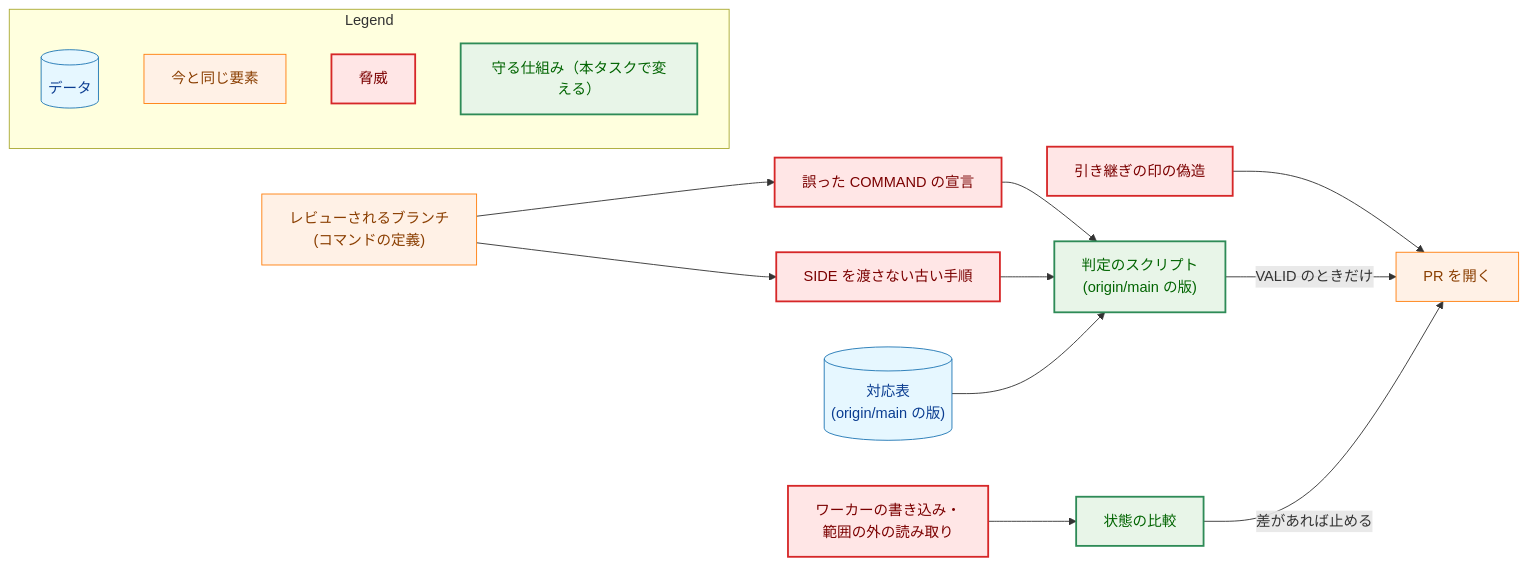
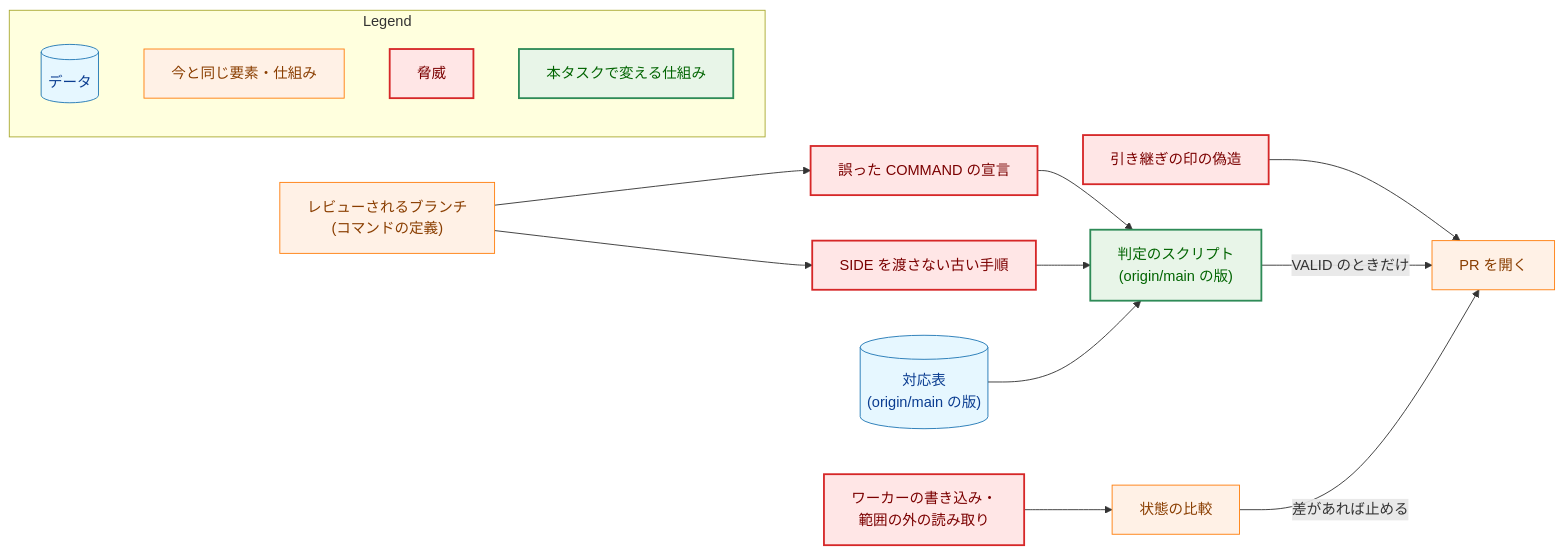
One commit to isseis/yt2column changed the fourth of 6 diagrams in docs/tasks/0131_cross_check_light_role/02_architecture.md. Above: the diagram before and after it, drawn with Mermaid. The commit also changed other lines of this file and 1 other file, not shown here.

First line of the commit message:
docs(0131): address review findings on the cross-check role architecture

````diff
--- a/docs/tasks/0131_cross_check_light_role/02_architecture.md
+++ b/docs/tasks/0131_cross_check_light_role/02_architecture.md
@@ -582,42 +618,41 @@
 ```mermaid
 flowchart LR
     classDef data fill:#e6f7ff,stroke:#1f77b4,stroke-width:1px,color:#0b3d91;
     classDef process fill:#fff1e6,stroke:#ff7f0e,stroke-width:1px,color:#8a3e00;
     classDef enhanced fill:#e8f5e8,stroke:#2e8b57,stroke-width:2px,color:#006400;
     classDef problem fill:#ffe6e6,stroke:#d62728,stroke-width:2px,color:#7b0000;
 
     BR["レビューされるブランチ<br>(コマンドの定義)"]
     T1["誤った COMMAND の宣言"]
     T2["SIDE を渡さない古い手順"]
     T3["ワーカーの書き込み・<br>範囲の外の読み取り"]
     T4["引き継ぎの印の偽造"]
     RR["判定のスクリプト<br>(origin/main の版)"]
     MAP[("対応表<br>(origin/main の版)")]
     SC["状態の比較"]
     GATE["PR を開く"]
 
     BR --> T1 --> RR
     BR --> T2 --> RR
     T3 --> SC
     T4 --> GATE
     MAP --> RR
     RR -->|"VALID のときだけ"| GATE
     SC -->|"差があれば止める"| GATE
 
-    class BR process
+    class BR,SC,GATE process
     class T1,T2,T3,T4 problem
-    class RR,SC enhanced
+    class RR enhanced
     class MAP data
-    class GATE process
 
     subgraph Legend["Legend"]
         L1[("データ")]
-        L2["今と同じ要素"]
+        L2["今と同じ要素・仕組み"]
         L3["脅威"]
-        L4["守る仕組み（本タスクで変える）"]
+        L4["本タスクで変える仕組み"]
     end
     class L1 data
     class L2 process
     class L3 problem
     class L4 enhanced
 ```
````
